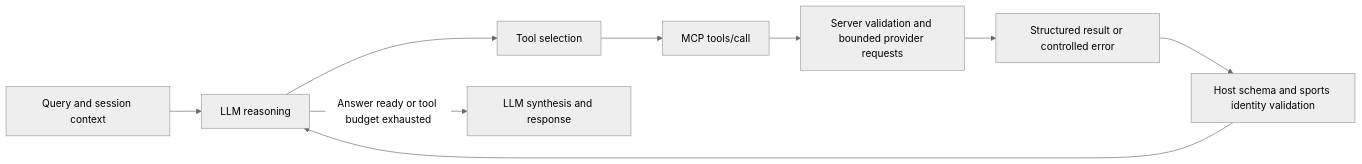
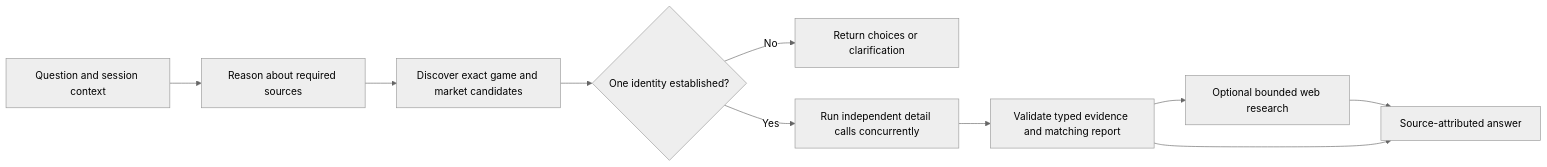
One commit to waderylan/prediction-market-agent changed the second of 3 diagrams in README.md. Above: the diagram before and after it, drawn with Mermaid (neutral theme). The commit also changed other lines of this file and 14 other files, not shown here.

````diff
--- a/README.md
+++ b/README.md
@@ -342,11 +222,12 @@
 ```mermaid
 flowchart LR
-    Q[Query and session context] --> R[LLM reasoning]
-    R --> T[Tool selection]
-    T --> C[MCP tools/call]
-    C --> S[Server validation and bounded provider requests]
-    S --> V[Structured result or controlled error]
-    V --> H[Host schema and sports identity validation]
-    H --> R
-    R -->|Answer ready or tool budget exhausted| O[LLM synthesis and response]
+    Q[Question and session context] --> R[Reason about required sources]
+    R --> D[Discover exact game and market candidates]
+    D --> I{One identity established?}
+    I -->|No| C[Return choices or clarification]
+    I -->|Yes| E[Run independent detail calls concurrently]
+    E --> H[Validate typed evidence and matching report]
+    H --> W[Optional bounded web research]
+    W --> O[Source-attributed answer]
+    H --> O
 ```
````
